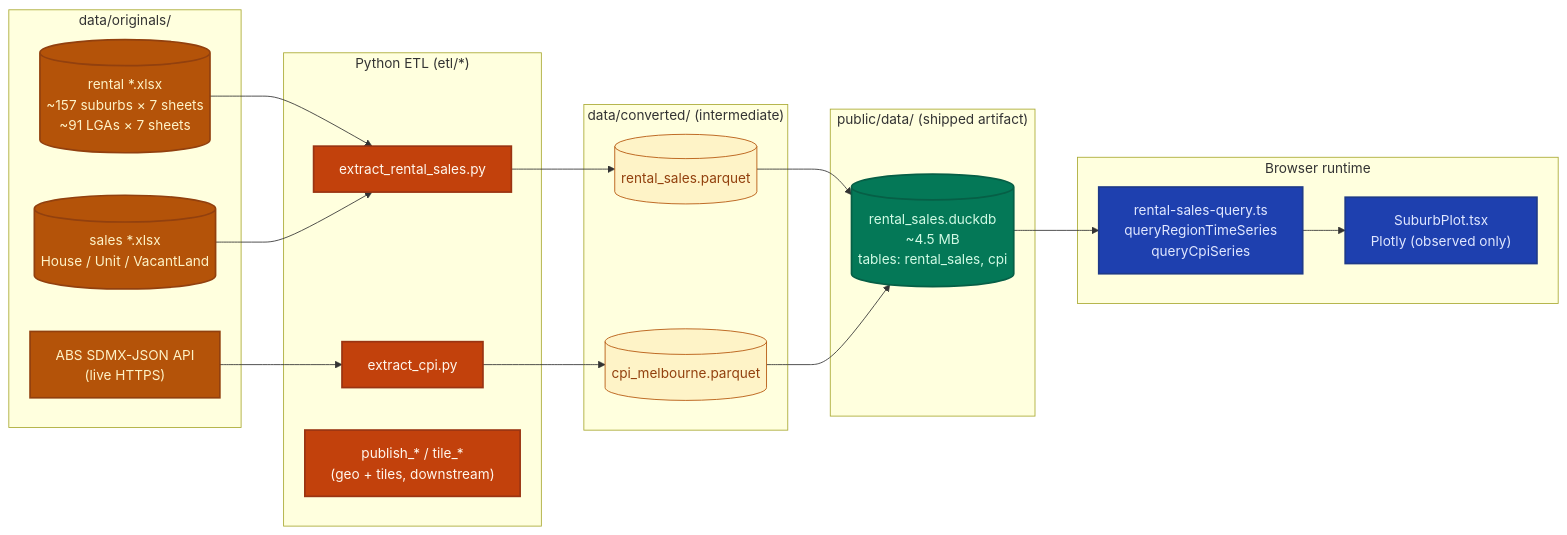
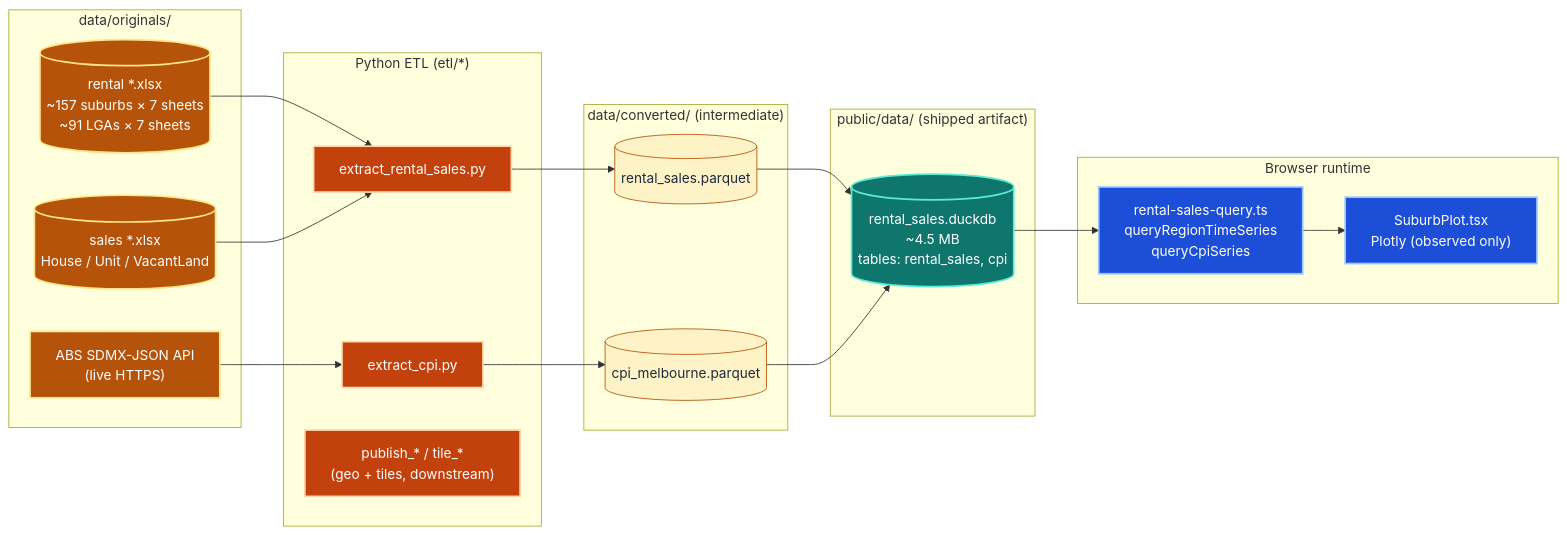
Before and after one commit to neozenith/hows-the-serenity: the third of 8 diagrams in docs/specs/forecasts.md, drawn with Mermaid. The commit also changed other lines of this file and 10259 other files, not shown here.

````diff
--- a/docs/specs/forecasts.md
+++ b/docs/specs/forecasts.md
@@ -106,39 +174,39 @@
 ```mermaid
 flowchart LR
     subgraph src["data/originals/"]
         rentX[("rental *.xlsx<br/>~157 suburbs × 7 sheets<br/>~91 LGAs × 7 sheets")]:::cs
         salesX[("sales *.xlsx<br/>House / Unit / VacantLand")]:::cs
         absAPI["ABS SDMX-JSON API<br/>(live HTTPS)"]:::cs
     end
 
     subgraph etl["Python ETL (etl/*)"]
         ext1["extract_rental_sales.py"]:::csTrans
         ext2["extract_cpi.py"]:::csTrans
         pub["publish_* / tile_*<br/>(geo + tiles, downstream)"]:::csTrans
     end
 
     subgraph conv["data/converted/ (intermediate)"]
         rentP[("rental_sales.parquet")]:::csInt
         cpiP[("cpi_melbourne.parquet")]:::csInt
     end
 
     subgraph pubdata["public/data/ (shipped artifact)"]
         ddb[("rental_sales.duckdb<br/>~4.5 MB<br/>tables: rental_sales, cpi")]:::csOut
     end
 
     subgraph fe["Browser runtime"]
         rsq["rental-sales-query.ts<br/>queryRegionTimeSeries<br/>queryCpiSeries"]:::csFE
         plot["SuburbPlot.tsx<br/>Plotly (observed only)"]:::csFE
     end
 
     rentX --> ext1 --> rentP --> ddb
     salesX --> ext1
     absAPI --> ext2 --> cpiP --> ddb
     ddb --> rsq --> plot
 
-    classDef cs        fill:#b45309,stroke:#92400e,color:#fef3c7,stroke-width:2px
-    classDef csTrans   fill:#c2410c,stroke:#9a3412,color:#fff7ed,stroke-width:2px
-    classDef csInt     fill:#fef3c7,stroke:#b45309,color:#92400e,stroke-width:1px
-    classDef csOut     fill:#047857,stroke:#065f46,color:#d1fae5,stroke-width:2px
-    classDef csFE      fill:#1e40af,stroke:#1e3a8a,color:#e0e7ff,stroke-width:2px
+    classDef cs       fill:#b45309,stroke:#fde68a,color:#fff,stroke-width:2px
+    classDef csTrans  fill:#c2410c,stroke:#fed7aa,color:#fff,stroke-width:2px
+    classDef csInt    fill:#fef3c7,stroke:#b45309,color:#1e293b,stroke-width:1px
+    classDef csOut    fill:#0f766e,stroke:#5eead4,color:#fff,stroke-width:2px
+    classDef csFE     fill:#1d4ed8,stroke:#93c5fd,color:#fff,stroke-width:2px
 ```
````
